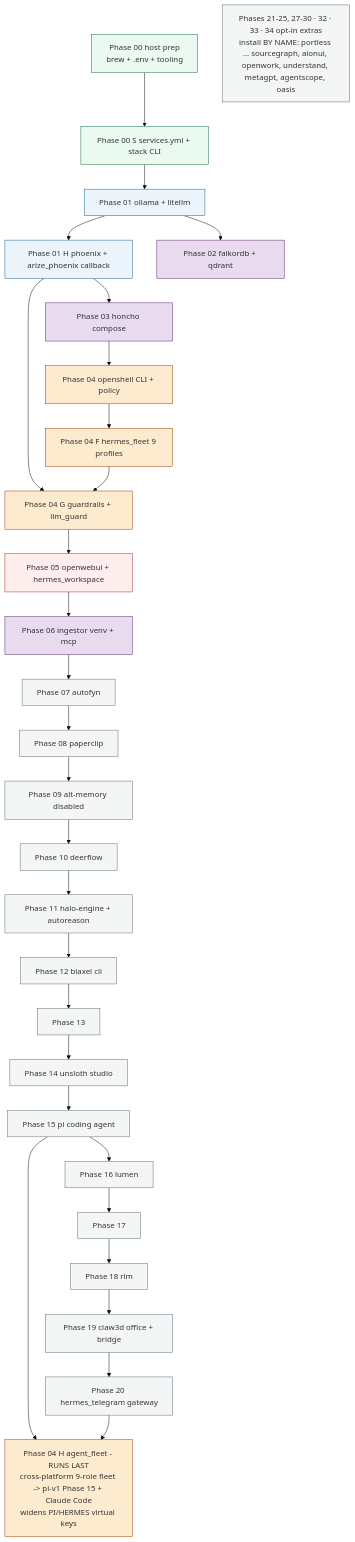
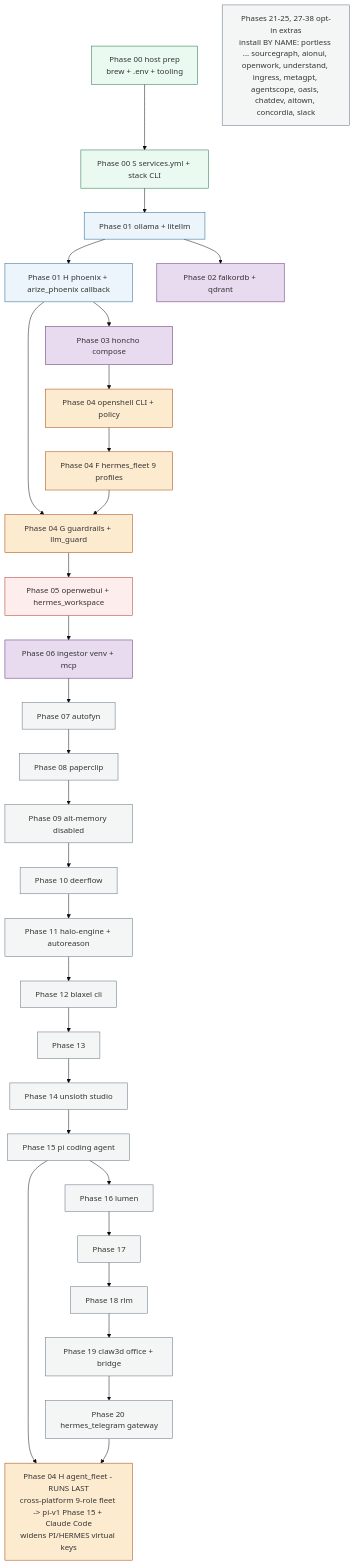
The sixth of 6 diagrams in doc/DEPENDENCIES.md (mayssamj/versatile-ai-stack), drawn with Mermaid (base theme) before and after one commit. The commit also changed 9 other files, not shown here.

````diff
--- a/doc/DEPENDENCIES.md
+++ b/doc/DEPENDENCIES.md
@@ -365,49 +365,49 @@
 ```mermaid
 graph TD
   classDef host fill:#eafaf1,stroke:#196f3d
   classDef inf fill:#ebf5fb,stroke:#1f618d
   classDef store fill:#e8daef,stroke:#5b2c6f
   classDef sec fill:#fdebd0,stroke:#a04000
   classDef ui fill:#fdedec,stroke:#a93226
   classDef opt fill:#f4f6f6,stroke:#5d6d7e
 
   p00[Phase 00 host prep<br/>brew + .env + tooling]:::host
   p00s[Phase 00 S services.yml + stack CLI]:::host
   p01[Phase 01 ollama + litellm]:::inf
   p01h[Phase 01 H phoenix + arize_phoenix callback]:::inf
   p02[Phase 02 falkordb + qdrant]:::store
   p03[Phase 03 honcho compose]:::store
   p04[Phase 04 openshell CLI + policy]:::sec
   p04f[Phase 04 F hermes_fleet 9 profiles]:::sec
   p04g[Phase 04 G guardrails + llm_guard]:::sec
   p05[Phase 05 openwebui + hermes_workspace]:::ui
   p06[Phase 06 ingestor venv + mcp]:::store
   p07[Phase 07 autofyn]:::opt
   p08[Phase 08 paperclip]:::opt
   p09[Phase 09 alt-memory disabled]:::opt
   p10[Phase 10 deerflow]:::opt
   p11[Phase 11 halo-engine + autoreason]:::opt
   p12[Phase 12 blaxel cli]:::opt
   p13[Phase 13]:::opt
   p14[Phase 14 unsloth studio]:::opt
   p15[Phase 15 pi coding agent]:::opt
   p16[Phase 16 lumen]:::opt
   p17[Phase 17]:::opt
   p18[Phase 18 rlm]:::opt
   p19[Phase 19 claw3d office + bridge]:::opt
   p20[Phase 20 hermes_telegram gateway]:::opt
-  p21_26[Phases 21-25, 27-30 · 32 · 33 · 34 opt-in extras<br/>install BY NAME: portless ... sourcegraph, aionui, openwork, understand, metagpt, agentscope, oasis]:::opt
+  p21_26[Phases 21-25, 27-38 opt-in extras<br/>install BY NAME: portless ... sourcegraph, aionui, openwork, understand, ingress, metagpt, agentscope, oasis, chatdev, aitown, concordia, slack]:::opt
   p04h[Phase 04 H agent_fleet - RUNS LAST<br/>cross-platform 9-role fleet -> pi-v1 Phase 15 + Claude Code<br/>widens PI/HERMES virtual keys]:::sec
 
   p00 --> p00s --> p01 --> p01h
   p01 --> p02
   p01h --> p03
   p03 --> p04 --> p04f
   p01h --> p04g
   p04f --> p04g
   p04g --> p05
   p05 --> p06
   p06 --> p07 --> p08 --> p09 --> p10 --> p11 --> p12 --> p13 --> p14 --> p15 --> p16 --> p17 --> p18 --> p19 --> p20
   p15 --> p04h
   p20 --> p04h
 ```
````
